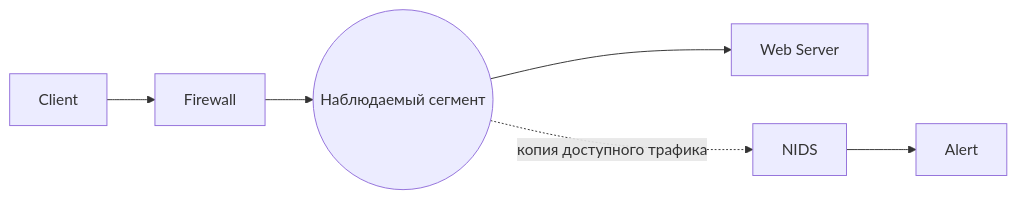
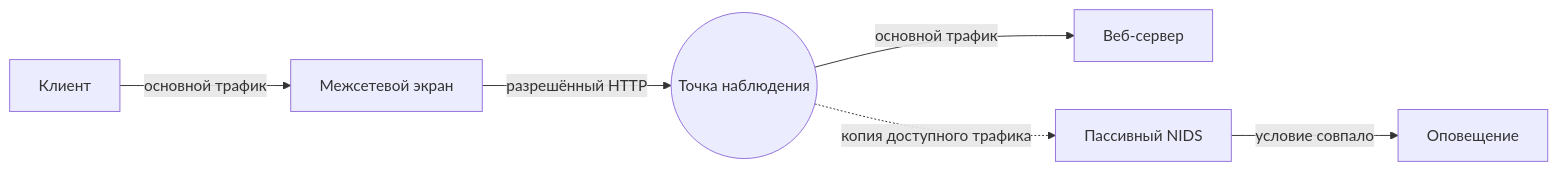
Before and after one commit to 11ndra/spvo: the third of 4 diagrams in docs/course/01-intro.md, drawn with Mermaid. The commit also changed other lines of this file and 14 other files, not shown here.

````diff
--- a/docs/course/01-intro.md
+++ b/docs/course/01-intro.md
@@ -163,8 +167,8 @@
 ```mermaid
 flowchart LR
-    C[Client] --> F[Firewall]
-    F --> S((Наблюдаемый сегмент))
-    S --> W[Web Server]
-    S -. копия доступного трафика .-> N[NIDS]
-    N --> A[Alert]
+    C[Клиент] -->|основной трафик| F[Межсетевой экран]
+    F -->|разрешённый HTTP| S((Точка наблюдения))
+    S -->|основной трафик| W[Веб-сервер]
+    S -.->|копия доступного трафика| N[Пассивный NIDS]
+    N -->|условие совпало| A[Оповещение]
 ```
````
